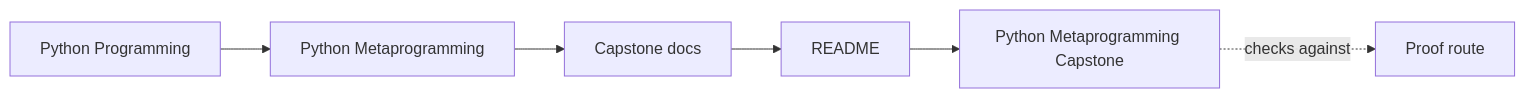
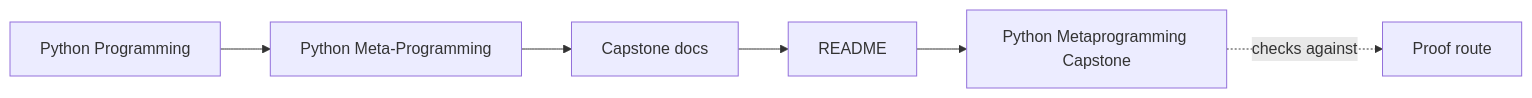
One commit to bijux/bijux-masterclass changed the first of 2 diagrams in programs/python-programming/python-meta-programming/capstone/README.md. Above: the diagram before and after it, drawn with Mermaid. The commit also changed 91 other files, not shown here.

Commit message:
docs(python-meta-programming): map advanced runtime and capstone surfaces

````diff
--- a/programs/python-programming/python-meta-programming/capstone/README.md
+++ b/programs/python-programming/python-meta-programming/capstone/README.md
@@ -7,12 +7,12 @@
 ```mermaid
 graph LR
   family["Python Programming"]
-  program["Python Metaprogramming"]
+  program["Python Meta-Programming"]
   guide["Capstone docs"]
   section["README"]
   page["Python Metaprogramming Capstone"]
   proof["Proof route"]
 
   family --> program --> guide --> section --> page
   page -.checks against.-> proof
 ```
````
